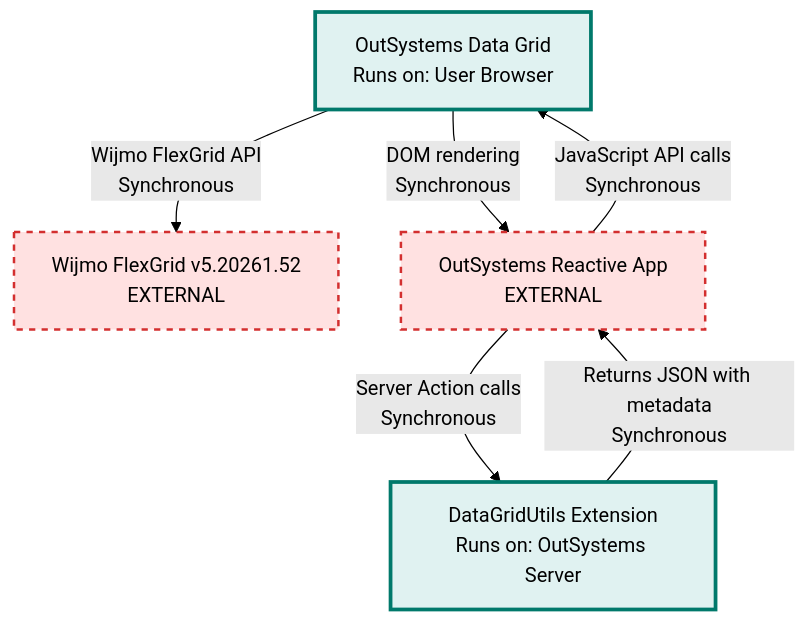
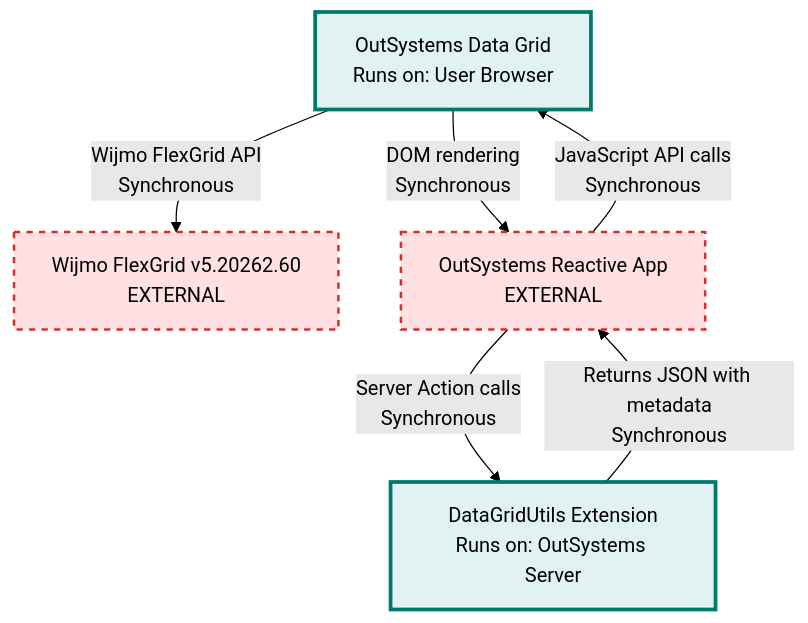
The diagram in ARCHITECTURE.md (OutSystems/outsystems-datagrid), drawn with Mermaid (forest theme) before and after one commit. The commit also changed other lines of this file and 155 other files, not shown here.

````diff
--- a/ARCHITECTURE.md
+++ b/ARCHITECTURE.md
@@ -13,24 +13,24 @@
 ```mermaid
 graph TB
     %% This repository components
     Browser["OutSystems Data Grid<br/>Runs on: User Browser"]
     Extension["DataGridUtils Extension<br/>Runs on: OutSystems Server"]
 
     %% External services
-    WijmoLib[Wijmo FlexGrid v5.20261.52<br/>EXTERNAL]
+    WijmoLib[Wijmo FlexGrid v5.20262.60<br/>EXTERNAL]
     OSApp[OutSystems Reactive App<br/>EXTERNAL]
 
     %% Communication flows
     OSApp -->|JavaScript API calls<br/>Synchronous| Browser
     Browser -->|Wijmo FlexGrid API<br/>Synchronous| WijmoLib
     OSApp -->|Server Action calls<br/>Synchronous| Extension
     Extension -->|Returns JSON with metadata<br/>Synchronous| OSApp
     Browser -->|DOM rendering<br/>Synchronous| OSApp
 
     %% Styling
     classDef thisRepo fill:#e0f2f1,stroke:#00796b,stroke-width:3px
     classDef external fill:#ffe1e1,stroke:#d32f2f,stroke-width:2px,stroke-dasharray: 5 5
 
     class Browser,Extension thisRepo
     class WijmoLib,OSApp external
 ```
````
